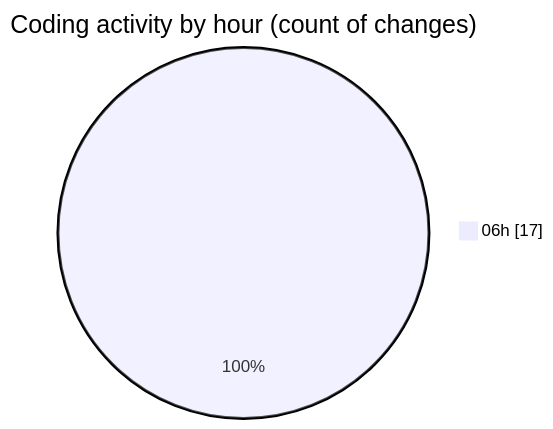
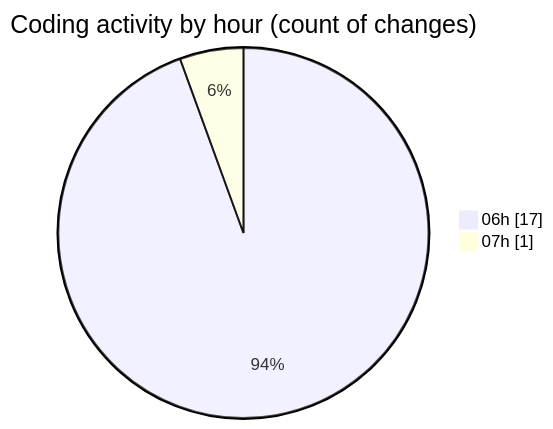
One commit to robertbonfada/code-tracking changed the second of 2 diagrams in 2025-02-25/mbc-web/README.md. Above: the diagram before and after it, drawn with Mermaid. The commit also changed other lines of this file and 1 other file, not shown here.

````diff
--- a/2025-02-25/mbc-web/README.md
+++ b/2025-02-25/mbc-web/README.md
@@ -31,5 +32,6 @@
 ```mermaid
 pie showData
 title Coding activity by hour (count of changes)
 "06h" : 17
+"07h" : 1
 ```
````
